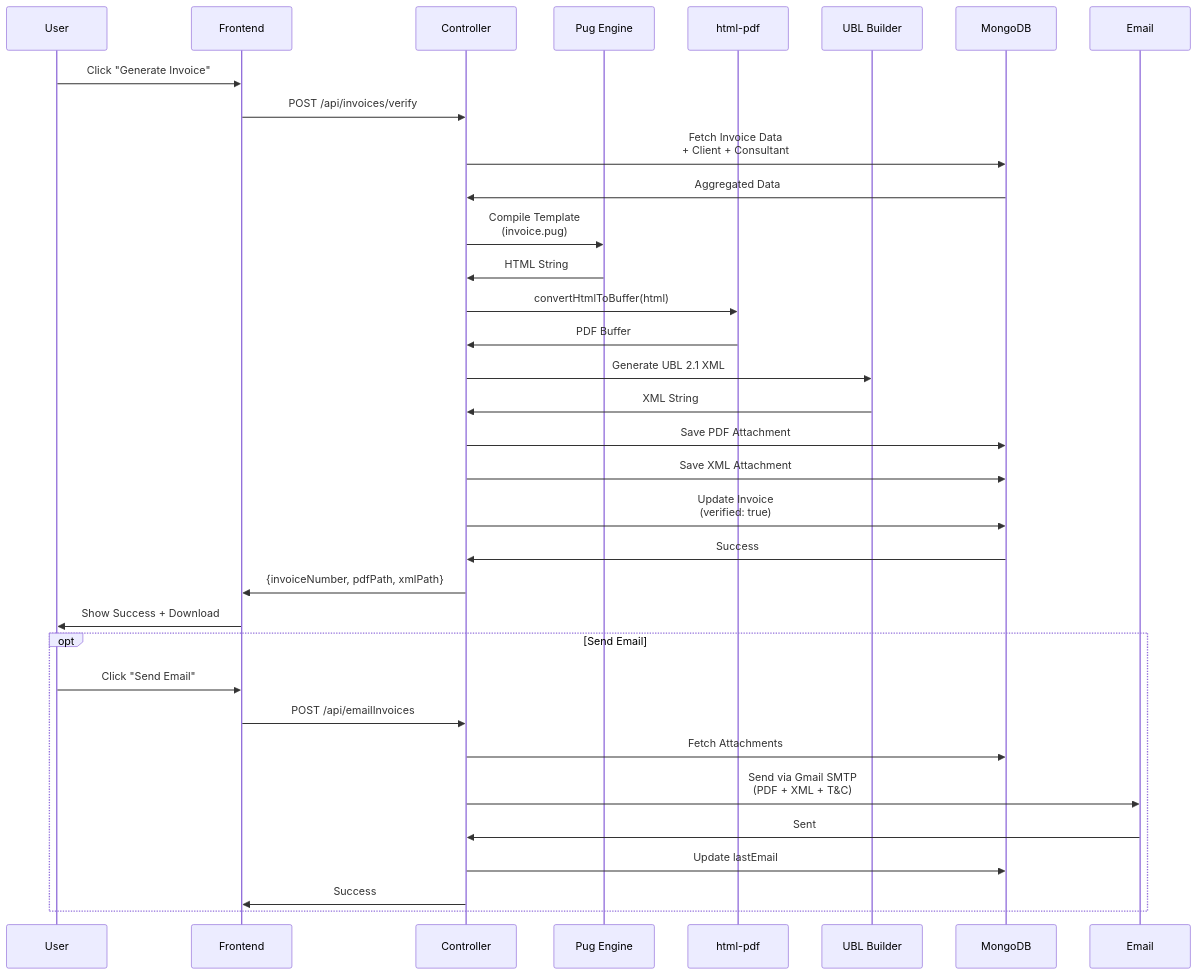
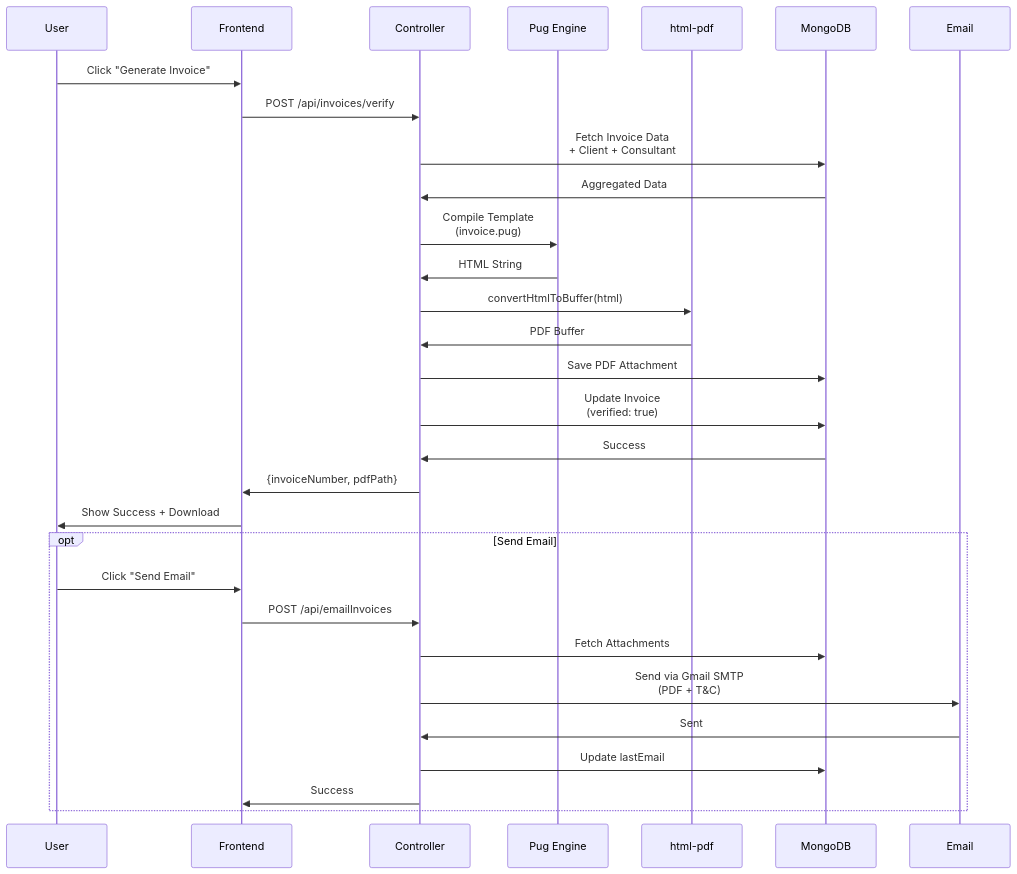
One commit to itenium-be/confac changed the seventh of 14 diagrams in .claude/ARCHITECTURE.md. Above: the diagram before and after it, drawn with Mermaid. The commit also changed other lines of this file and 16 other files, not shown here.

Commit message:
completely remove ubl xml creation

````diff
--- a/.claude/ARCHITECTURE.md
+++ b/.claude/ARCHITECTURE.md
@@ -496,38 +494,34 @@
 ```mermaid
 sequenceDiagram
     participant User
     participant Frontend
     participant Controller
     participant Pug as Pug Engine
     participant PDF as html-pdf
-    participant XML as UBL Builder
     participant MongoDB
     participant Email
 
     User->>Frontend: Click "Generate Invoice"
     Frontend->>Controller: POST /api/invoices/verify
     Controller->>MongoDB: Fetch Invoice Data<br/>+ Client + Consultant
     MongoDB->>Controller: Aggregated Data
     Controller->>Pug: Compile Template<br/>(invoice.pug)
     Pug->>Controller: HTML String
     Controller->>PDF: convertHtmlToBuffer(html)
     PDF->>Controller: PDF Buffer
-    Controller->>XML: Generate UBL 2.1 XML
-    XML->>Controller: XML String
     Controller->>MongoDB: Save PDF Attachment
-    Controller->>MongoDB: Save XML Attachment
     Controller->>MongoDB: Update Invoice<br/>(verified: true)
     MongoDB->>Controller: Success
-    Controller->>Frontend: {invoiceNumber, pdfPath, xmlPath}
+    Controller->>Frontend: {invoiceNumber, pdfPath}
     Frontend->>User: Show Success + Download
 
     opt Send Email
         User->>Frontend: Click "Send Email"
         Frontend->>Controller: POST /api/emailInvoices
         Controller->>MongoDB: Fetch Attachments
-        Controller->>Email: Send via Gmail SMTP<br/>(PDF + XML + T&C)
+        Controller->>Email: Send via Gmail SMTP<br/>(PDF + T&C)
         Email->>Controller: Sent
         Controller->>MongoDB: Update lastEmail
         Controller->>Frontend: Success
     end
 ```
````
